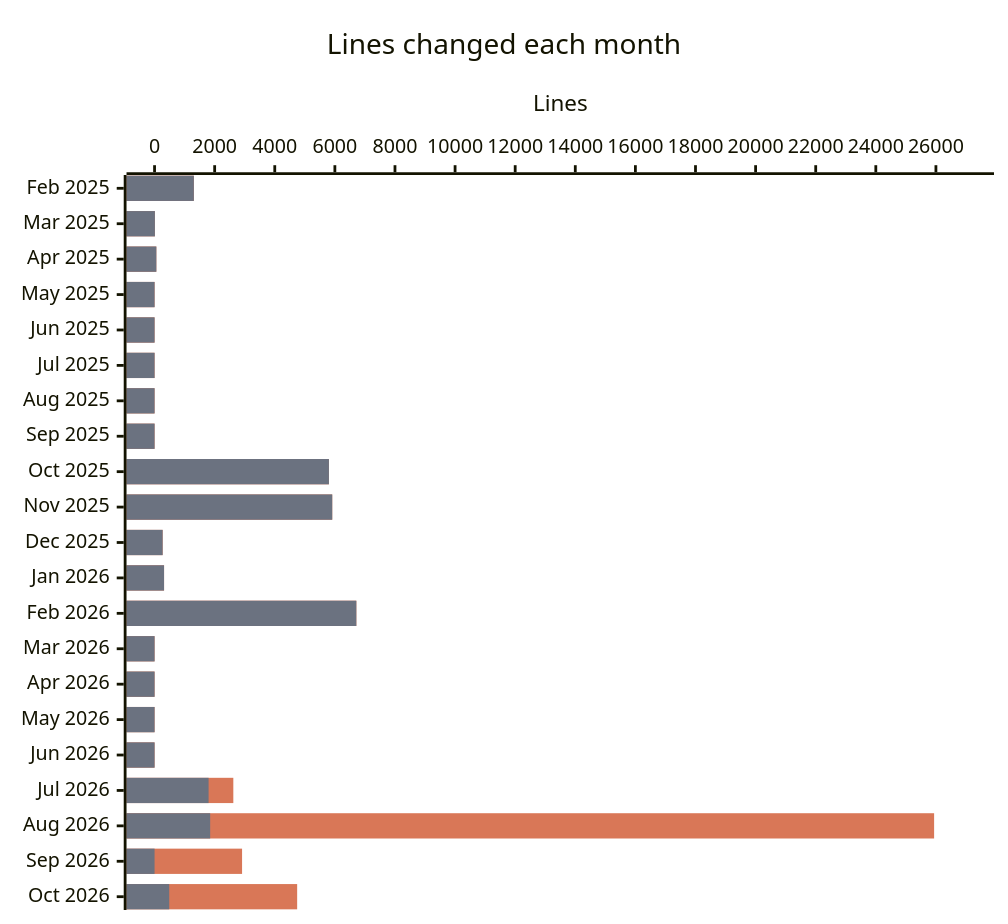
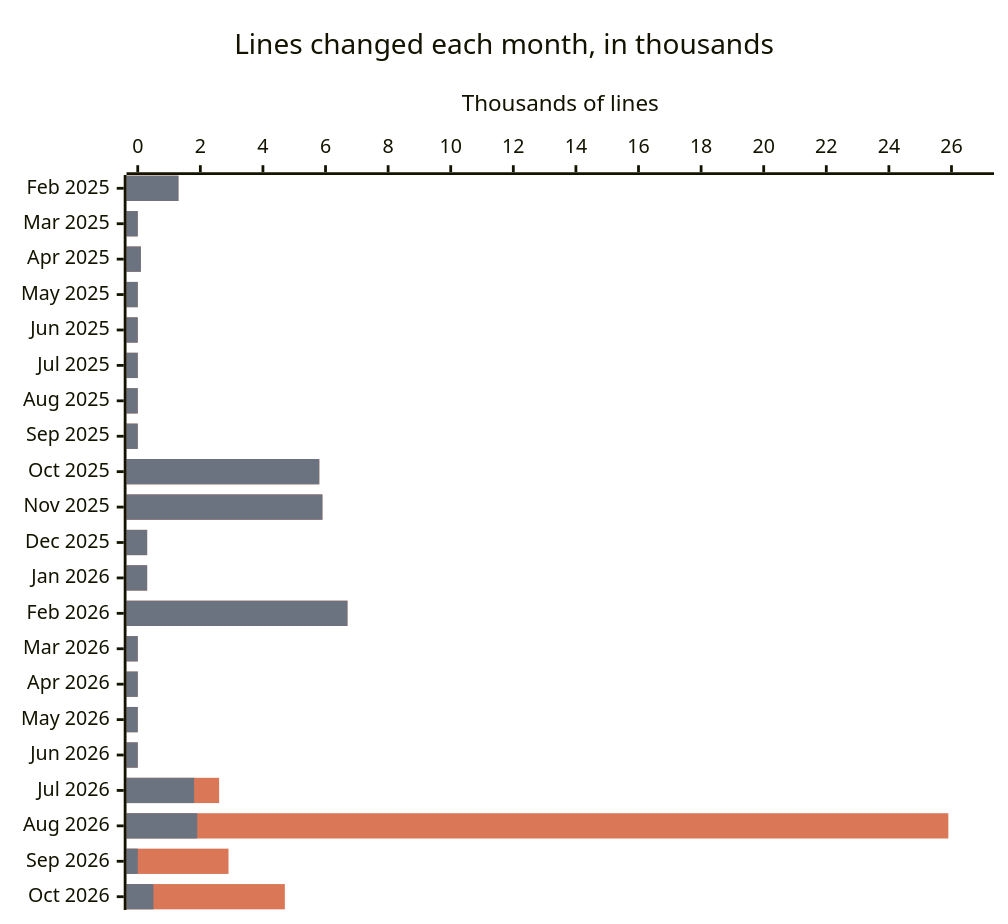
One commit to KitCli/KitCli changed the diagram in docs/reviews/0003-development-volume-review.md. Above: the diagram before and after it, drawn with Mermaid.

Commit message:
docs: measure the volume chart in thousands of lines so axis labels fit

````diff
--- a/docs/reviews/0003-development-volume-review.md
+++ b/docs/reviews/0003-development-volume-review.md
@@ -34,16 +34,16 @@
 ```mermaid
 ---
 config:
   xyChart:
     height: 640
   themeVariables:
     xyChart:
       plotColorPalette: "#D97757, #6B7280"
 ---
 xychart-beta horizontal
-    title "Lines changed each month"
+    title "Lines changed each month, in thousands"
     x-axis ["Feb 2025", "Mar 2025", "Apr 2025", "May 2025", "Jun 2025", "Jul 2025", "Aug 2025", "Sep 2025", "Oct 2025", "Nov 2025", "Dec 2025", "Jan 2026", "Feb 2026", "Mar 2026", "Apr 2026", "May 2026", "Jun 2026", "Jul 2026", "Aug 2026", "Sep 2026", "Oct 2026"]
-    y-axis "Lines" 0 --> 27000
-    bar [1307, 11, 59, 0, 0, 0, 0, 0, 5802, 5912, 268, 316, 6714, 0, 0, 0, 0, 2621, 25940, 2912, 4745]
-    bar [1307, 11, 59, 0, 0, 0, 0, 0, 5802, 5912, 268, 316, 6714, 0, 0, 0, 0, 1798, 1851, 0, 488]
+    y-axis "Thousands of lines" 0 --> 27
+    bar [1.3, 0.0, 0.1, 0.0, 0.0, 0.0, 0.0, 0.0, 5.8, 5.9, 0.3, 0.3, 6.7, 0.0, 0.0, 0.0, 0.0, 2.6, 25.9, 2.9, 4.7]
+    bar [1.3, 0.0, 0.1, 0.0, 0.0, 0.0, 0.0, 0.0, 5.8, 5.9, 0.3, 0.3, 6.7, 0.0, 0.0, 0.0, 0.0, 1.8, 1.9, 0.0, 0.5]
 ```
````
